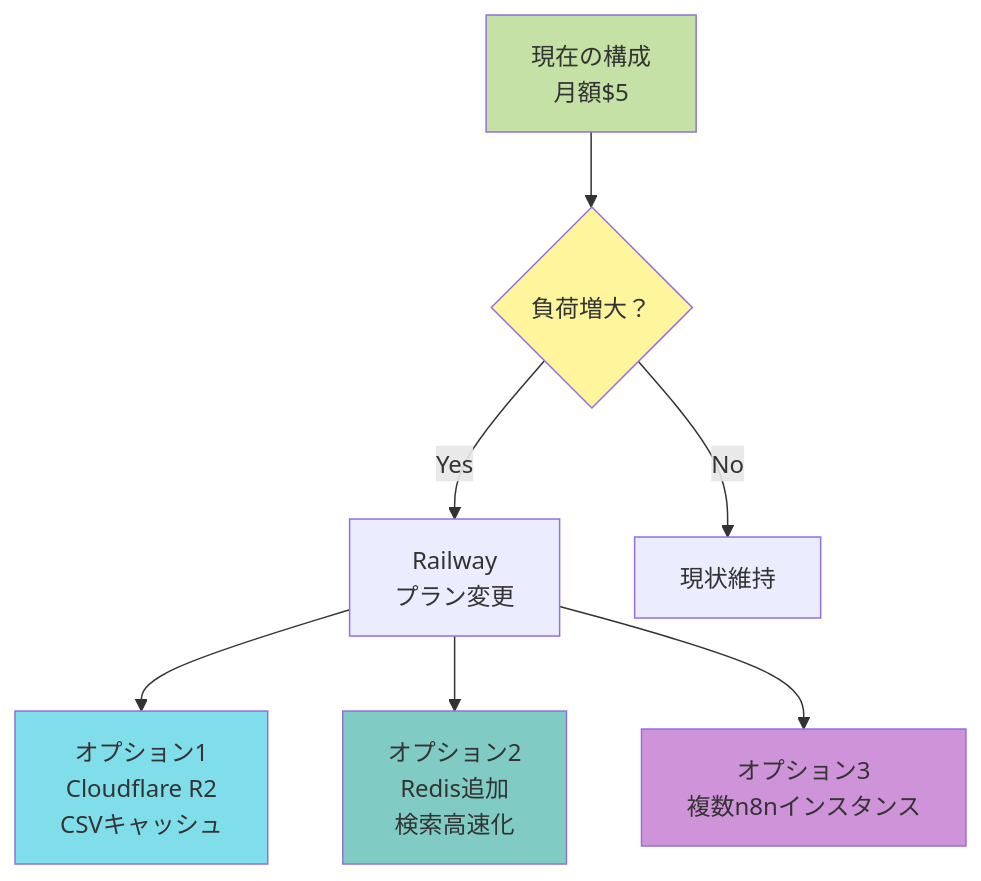
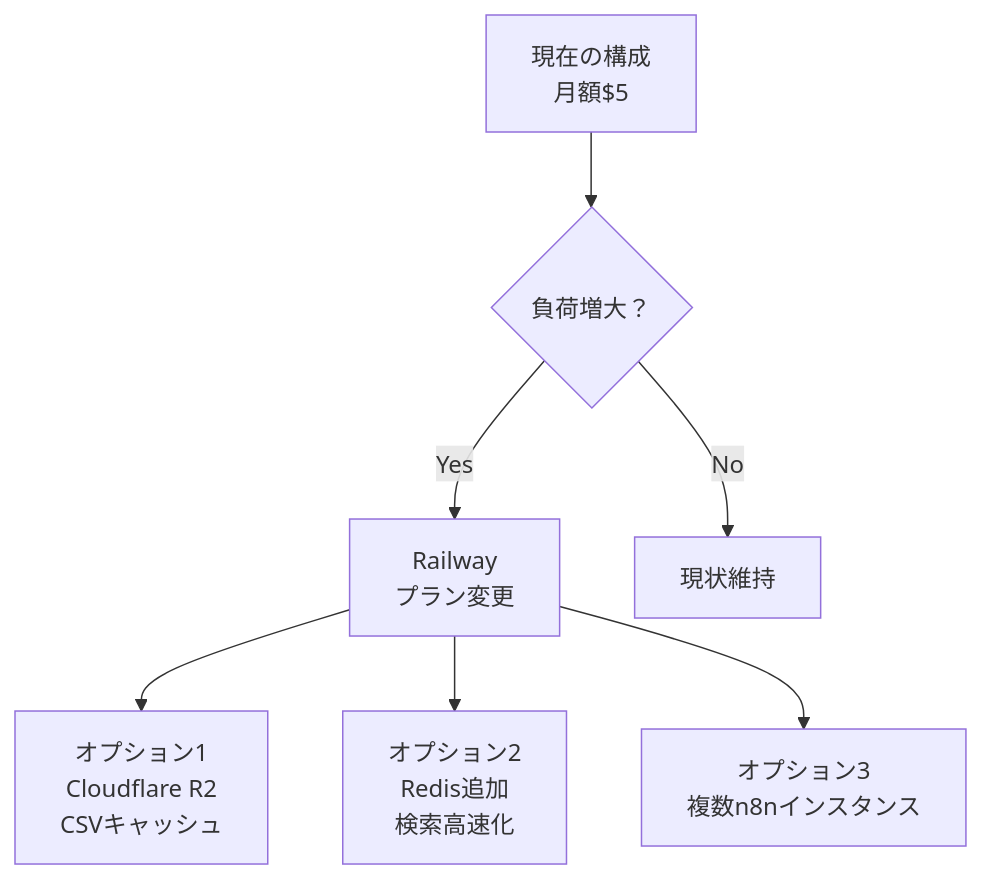
One commit to ramenumaiwhy/knowledge-chat2 changed the seventh of 8 diagrams in app-flow-diagram.md. Above: the diagram before and after it, drawn with Mermaid. The commit also changed other lines of this file and 34 other files, not shown here.

````diff
--- a/app-flow-diagram.md
+++ b/app-flow-diagram.md
@@ -125,16 +103,10 @@
 ```mermaid
 graph TD
     A[現在の構成<br/>月額$5] --> B{負荷増大？}
     B -->|Yes| C[Railway<br/>プラン変更]
     B -->|No| D[現状維持]
     
     C --> E[オプション1<br/>Cloudflare R2<br/>CSVキャッシュ]
     C --> F[オプション2<br/>Redis追加<br/>検索高速化]
     C --> G[オプション3<br/>複数n8nインスタンス]
-    
-    style A fill:#c5e1a5
-    style B fill:#fff59d
-    style E fill:#80deea
-    style F fill:#80cbc4
-    style G fill:#ce93d8
 ```
````
